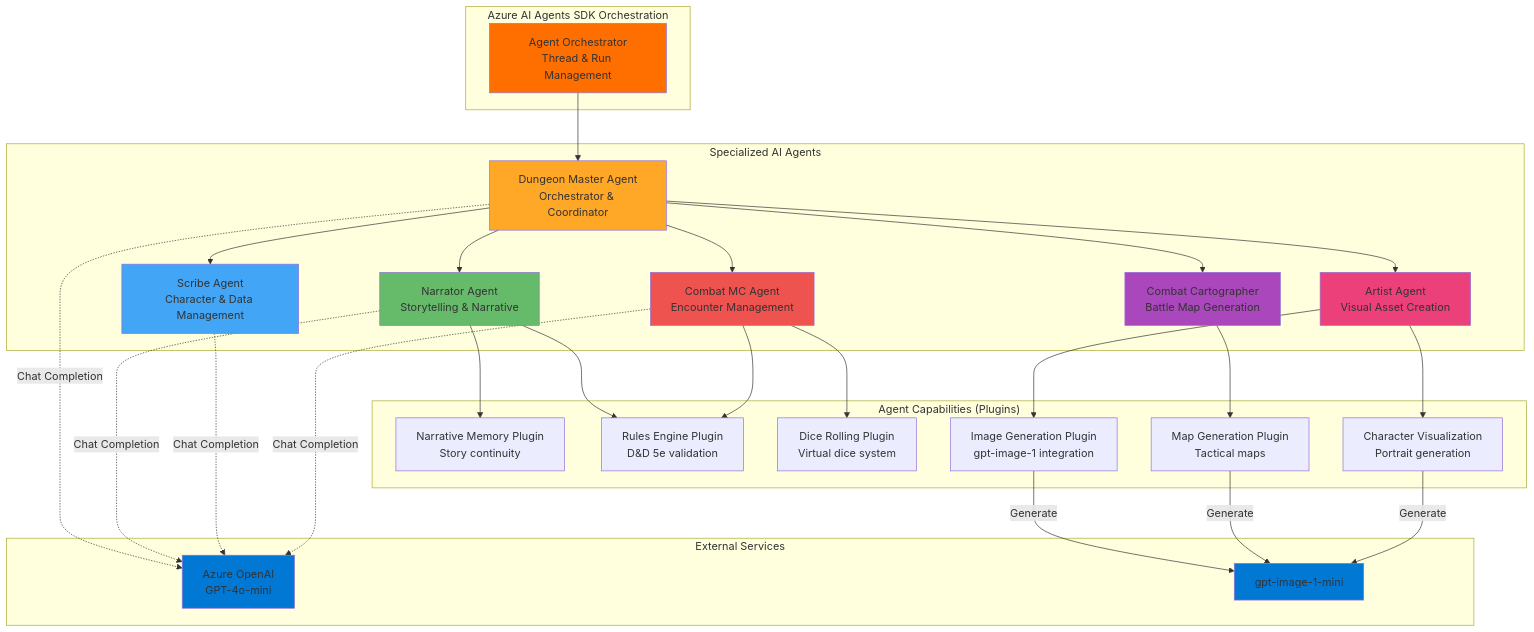
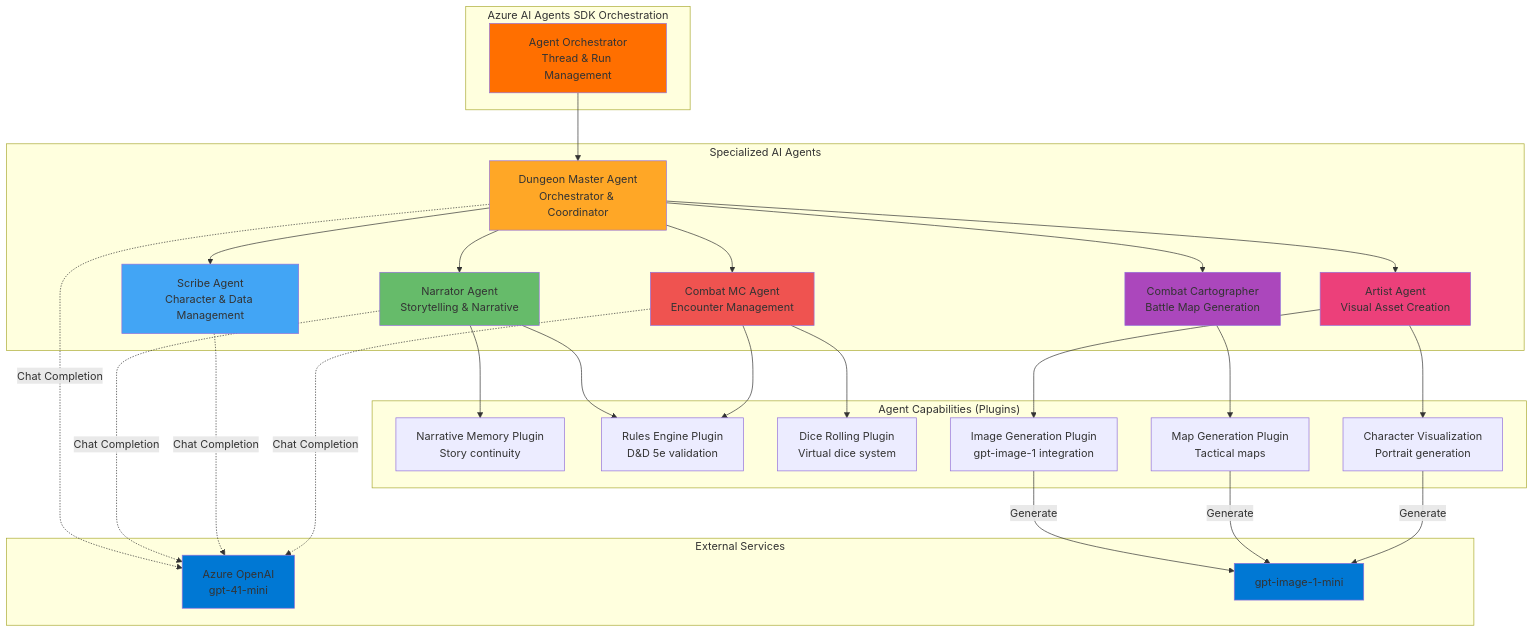
One commit to SecuringTheRealm/str-agentic-adventures changed the third of 16 diagrams in docs/architecture.md. Above: the diagram before and after it, drawn with Mermaid. The commit also changed other lines of this file and 113 other files, not shown here.

````diff
--- a/docs/architecture.md
+++ b/docs/architecture.md
@@ -299,62 +299,62 @@
 ```mermaid
 graph TB
     subgraph "Azure AI Agents SDK Orchestration"
         Orchestrator[Agent Orchestrator<br/>Thread & Run Management]
     end
 
     subgraph "Specialized AI Agents"
         DM[Dungeon Master Agent<br/>Orchestrator & Coordinator]
         Narrator[Narrator Agent<br/>Storytelling & Narrative]
         Scribe[Scribe Agent<br/>Character & Data Management]
         CombatMC[Combat MC Agent<br/>Encounter Management]
         Cartographer[Combat Cartographer<br/>Battle Map Generation]
         Artist[Artist Agent<br/>Visual Asset Creation]
     end
 
     subgraph "Agent Capabilities (Plugins)"
         NarrativeMemory[Narrative Memory Plugin<br/>Story continuity]
         Rules[Rules Engine Plugin<br/>D&D 5e validation]
         Dice[Dice Rolling Plugin<br/>Virtual dice system]
         ImageGen[Image Generation Plugin<br/>gpt-image-1 integration]
         MapGen[Map Generation Plugin<br/>Tactical maps]
         CharViz[Character Visualization<br/>Portrait generation]
     end
 
     subgraph "External Services"
-        AzureAI[Azure OpenAI<br/>GPT-4o-mini]
+        AzureAI[Azure OpenAI<br/>gpt-41-mini]
         DALLE[gpt-image-1-mini]
     end
 
     Orchestrator --> DM
     DM --> Narrator
     DM --> Scribe
     DM --> CombatMC
     DM --> Cartographer
     DM --> Artist
 
     Narrator --> NarrativeMemory
     Narrator --> Rules
     CombatMC --> Dice
     CombatMC --> Rules
     Artist --> ImageGen
     Artist --> CharViz
     Cartographer --> MapGen
 
     DM -.->|Chat Completion| AzureAI
     Narrator -.->|Chat Completion| AzureAI
     Scribe -.->|Chat Completion| AzureAI
     CombatMC -.->|Chat Completion| AzureAI
     ImageGen -->|Generate| DALLE
     MapGen -->|Generate| DALLE
     CharViz -->|Generate| DALLE
 
     style Orchestrator fill:#FF6F00
     style DM fill:#FFA726
     style Narrator fill:#66BB6A
     style Scribe fill:#42A5F5
     style CombatMC fill:#EF5350
     style Cartographer fill:#AB47BC
     style Artist fill:#EC407A
     style AzureAI fill:#0078D4
     style DALLE fill:#0078D4
 ```
````
